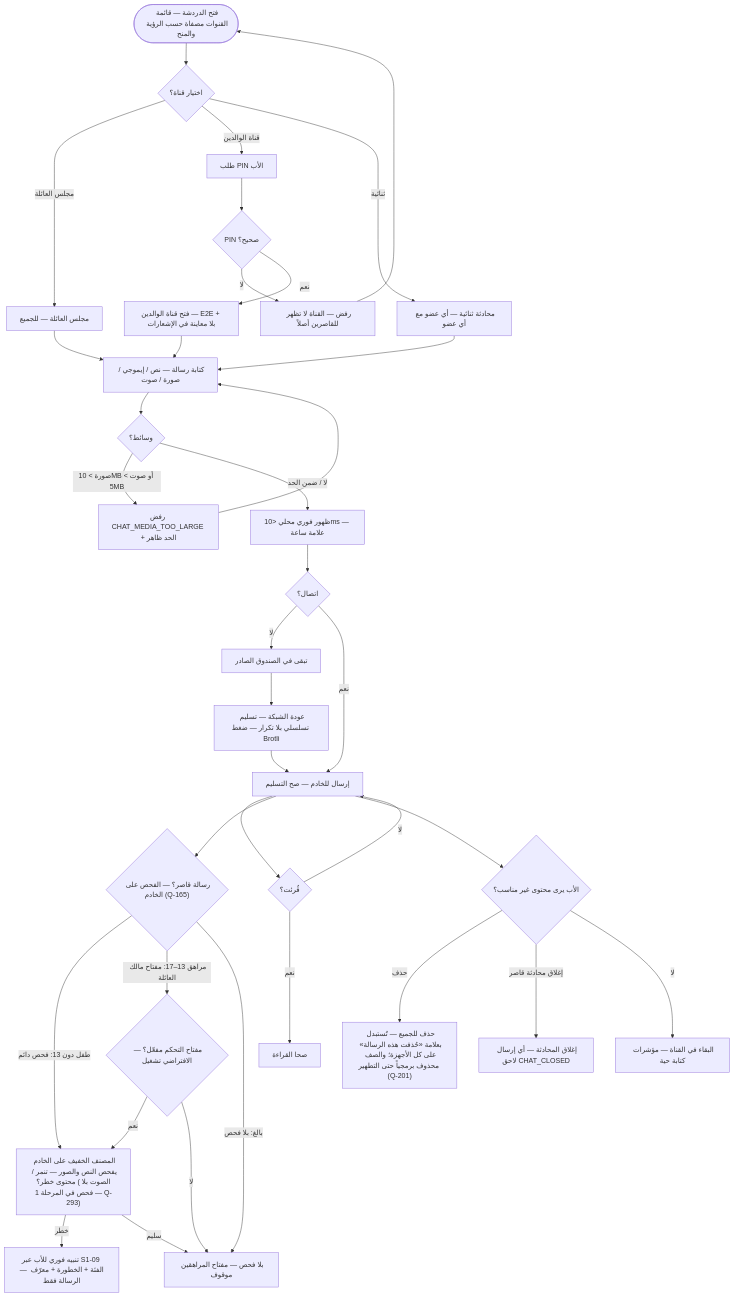
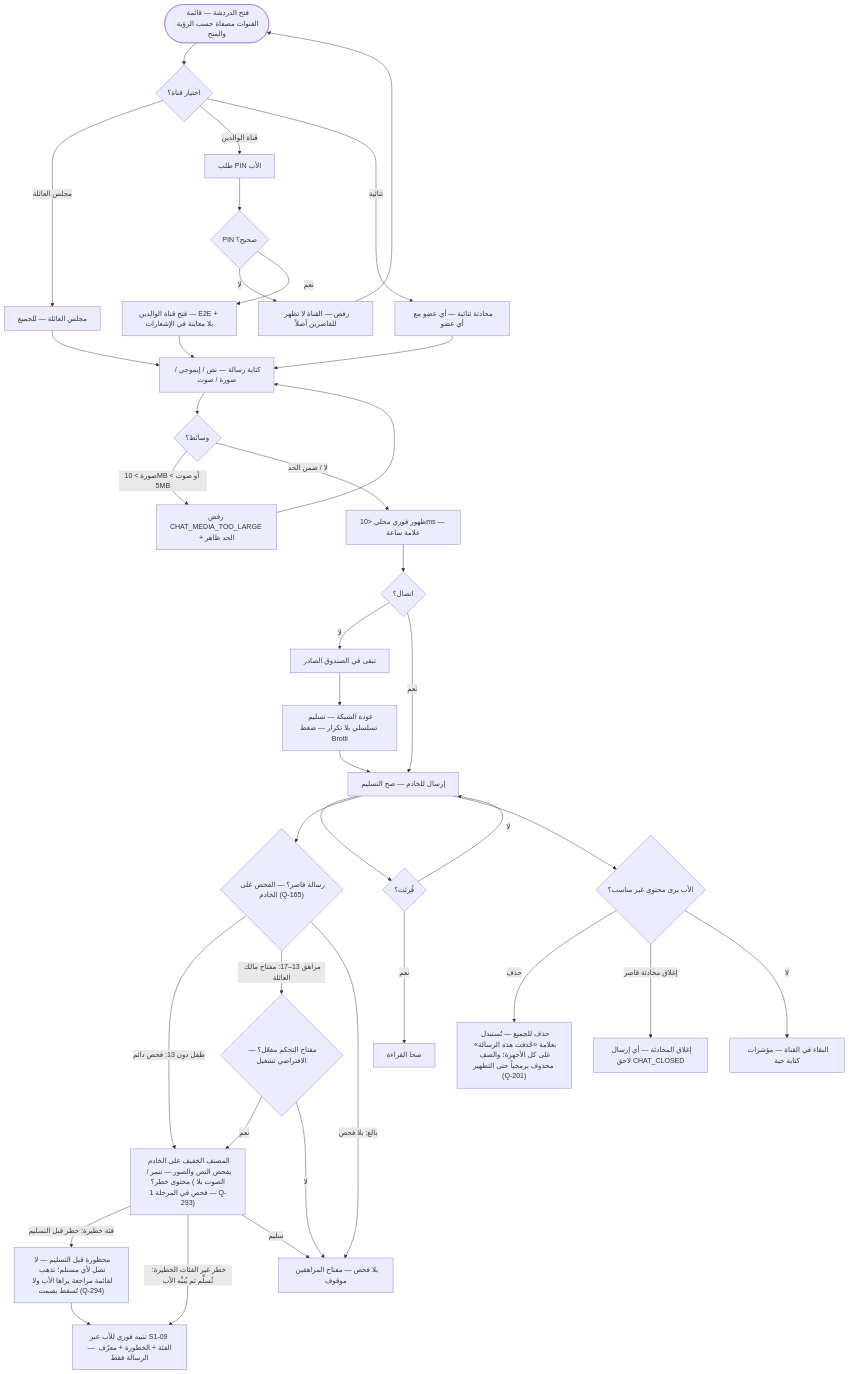
Before and after one commit to Bassam-mohammed-alqaeadi/family-os-v2: the ninth of 11 diagrams in docs/family-os/governance/phases/phase-1/S1-08-chat-basic/DIAGRAMS.md, drawn with Mermaid. The commit also changed other lines of this file and 2 other files, not shown here.

Commit message:
R2-S108-27 (Q-294): توقيت المصنف — حظر قبل التسليم للفئات الخطيرة فقط؛ وتنبيه لما عداها؛ وقائمة مراجعة للأب

````diff
--- a/docs/family-os/governance/phases/phase-1/S1-08-chat-basic/DIAGRAMS.md
+++ b/docs/family-os/governance/phases/phase-1/S1-08-chat-basic/DIAGRAMS.md
@@ -377,38 +377,40 @@
 ```mermaid
 flowchart TD
     Start([فتح الدردشة — قائمة القنوات مصفاة حسب الرؤية والمنح]) --> Pick{اختيار قناة؟}
     Pick -->|مجلس العائلة| Lounge[مجلس العائلة — للجميع]
     Pick -->|قناة الوالدين| Pin[طلب PIN الأب]
     Pick -->|ثنائية| Direct[محادثة ثنائية — أي عضو مع أي عضو]
     Pin --> PinOK{PIN صحيح؟}
     PinOK -->|لا| Deny[رفض — القناة لا تظهر للقاصرين أصلاً]
     PinOK -->|نعم| E2E[فتح قناة الوالدين — E2E + بلا معاينة في الإشعارات]
     Lounge --> Write[كتابة رسالة — نص / إيموجي / صورة / صوت]
     Direct --> Write
     E2E --> Write
     Write --> Media{وسائط؟}
     Media -->|صورة > 10MB أو صوت > 5MB| TooBig[رفض CHAT_MEDIA_TOO_LARGE + الحد ظاهر]
     Media -->|لا / ضمن الحد| Show[ظهور فوري محلي <10ms — علامة ساعة]
     Show --> Conn{اتصال؟}
     Conn -->|لا| Outbox[تبقى في الصندوق الصادر]
     Outbox --> Back[عودة الشبكة — تسليم تسلسلي بلا تكرار — ضغط Brotli]
     Back --> Sent
     Conn -->|نعم| Sent[إرسال للخادم — صح التسليم]
     Sent --> Read{قُرئت؟}
     Read -->|نعم| ReadOK[صحا القراءة]
     Read -->|لا| Sent
     Sent --> Classify{"رسالة قاصر؟ — الفحص على الخادم (Q-165)"}
     Classify -->|طفل دون 13: فحص دائم| Check["المصنف الخفيف على الخادم يفحص النص والصور — تنمر / محتوى خطر؟ (الصوت بلا فحص في المرحلة 1 — Q-293)"]
     Classify -->|مراهق 13–17: مفتاح مالك العائلة| KeyOn{مفتاح التحكم مفعّل؟ — الافتراضي تشغيل}
     KeyOn -->|نعم| Check
     KeyOn -->|لا| NoCheck[بلا فحص — مفتاح المراهقين موقوف]
     Classify -->|بالغ: بلا فحص| NoCheck
-    Check -->|خطر| Alert[تنبيه فوري للأب عبر S1-09 — الفئة + الخطورة + معرّف الرسالة فقط]
+    Check -->|فئة خطيرة: حظر قبل التسليم| Blocked["محظورة قبل التسليم — لا تصل لأي مستلم؛ تذهب لقائمة مراجعة يراها الأب ولا تُسقط بصمت (Q-294)"]
+    Check -->|خطر غير الفئات الخطيرة: تُسلَّم ثم يُنبَّه الأب| Alert[تنبيه فوري للأب عبر S1-09 — الفئة + الخطورة + معرّف الرسالة فقط]
     Check -->|سليم| NoCheck
+    Blocked --> Alert
     Sent --> FatherAct{الأب يرى محتوى غير مناسب؟}
     FatherAct -->|حذف| Del["حذف للجميع — تُستبدل بعلامة «حُذفت هذه الرسالة» على كل الأجهزة؛ والصف محذوف برمجياً حتى التطهير (Q-201)"]
     FatherAct -->|إغلاق محادثة قاصر| Close[إغلاق المحادثة — أي إرسال لاحق CHAT_CLOSED]
     FatherAct -->|لا| Stay[البقاء في القناة — مؤشرات كتابة حية]
     TooBig --> Write
     Deny --> Start
 ```
````
